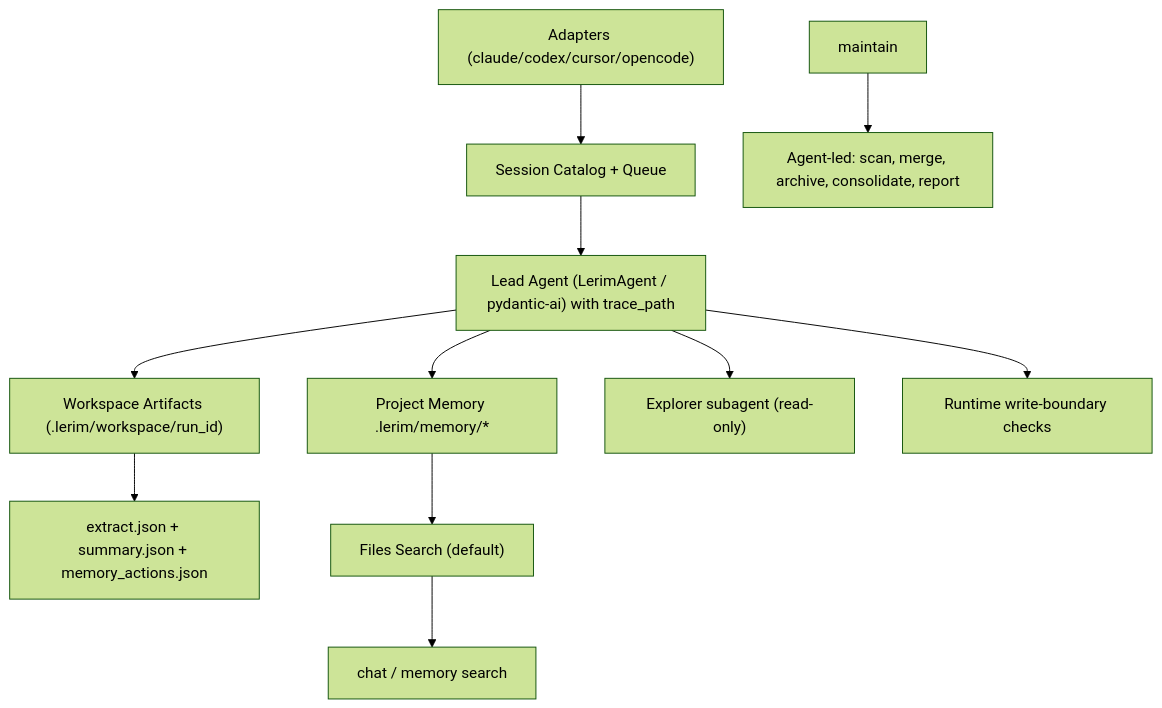
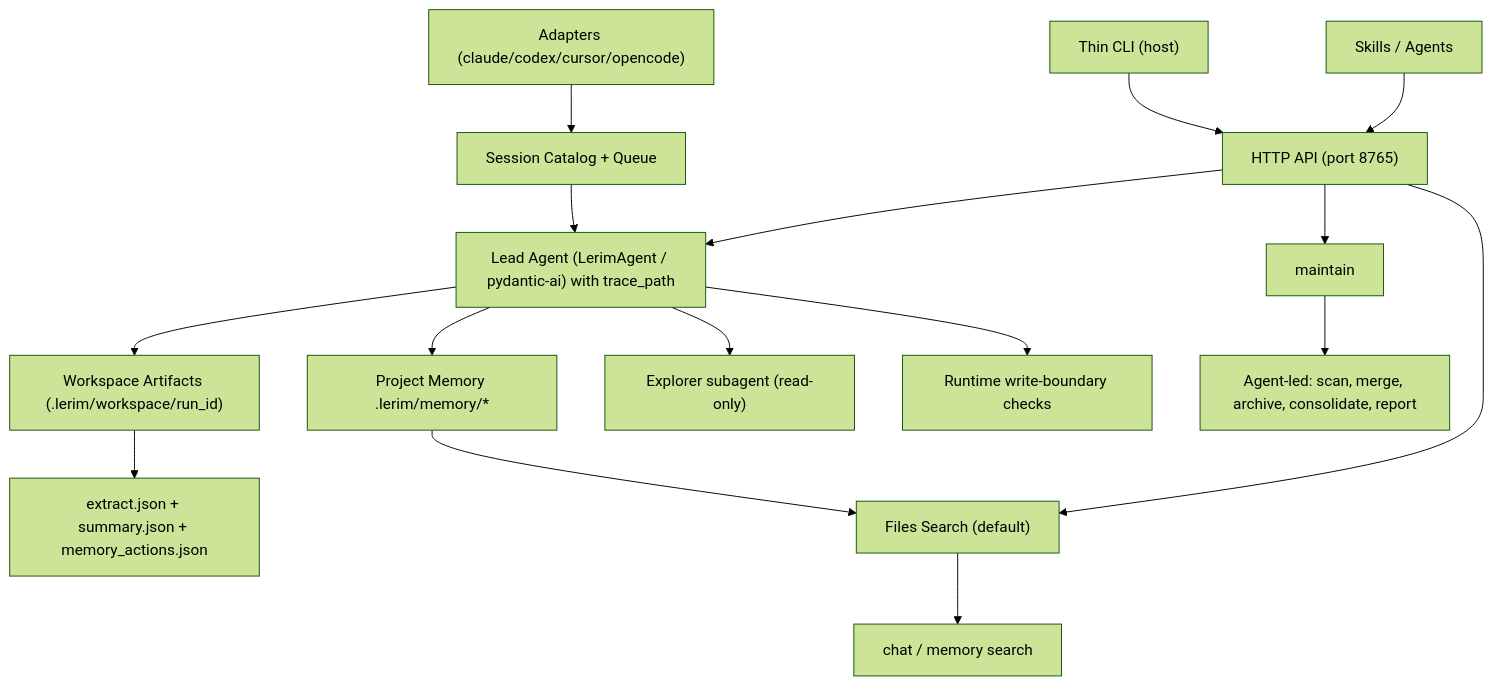
Before and after one commit to lerim-dev/lerim-cli: the diagram in docs/architecture.md, drawn with Mermaid (forest theme). The commit also changed other lines of this file and 20 other files, not shown here.

First line of the commit message:
feat: Docker service architecture with simplified HTTP-first CLI

````diff
--- a/docs/architecture.md
+++ b/docs/architecture.md
@@ -28,15 +45,21 @@
 ```mermaid
 flowchart TD
     A["Adapters (claude/codex/cursor/opencode)"] --> B["Session Catalog + Queue"]
     B --> C["Lead Agent (LerimAgent / pydantic-ai) with trace_path"]
     C --> D["Workspace Artifacts (.lerim/workspace/run_id)"]
     D --> E["extract.json + summary.json + memory_actions.json"]
     C --> F["Project Memory .lerim/memory/*"]
     C --> O["Explorer subagent (read-only)"]
     C --> P["Runtime write-boundary checks"]
 
     F --> H["Files Search (default)"]
     H --> L["chat / memory search"]
 
     M["maintain"] --> N["Agent-led: scan, merge, archive, consolidate, report"]
+
+    API["HTTP API (port 8765)"] --> C
+    API --> H
+    API --> M
+    CLI["Thin CLI (host)"] --> API
+    SKILLS["Skills / Agents"] --> API
 ```
````
